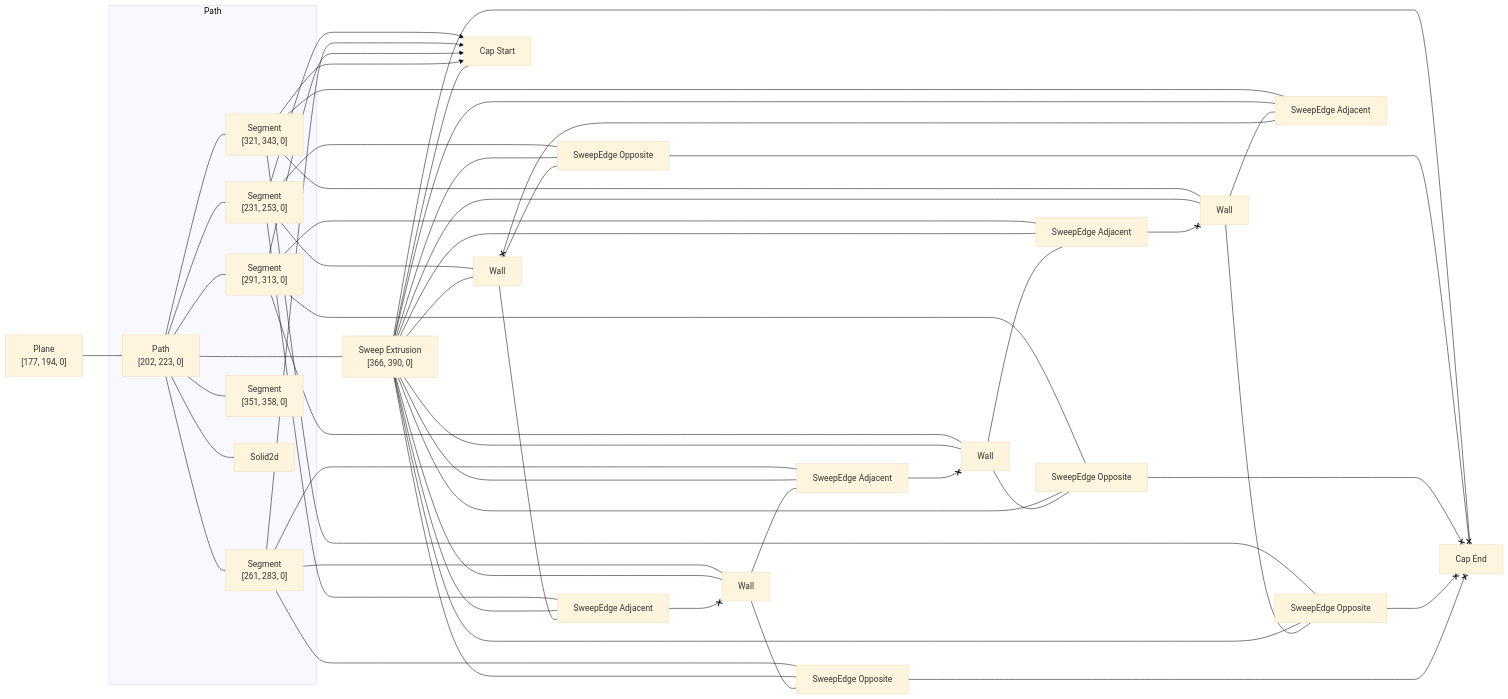
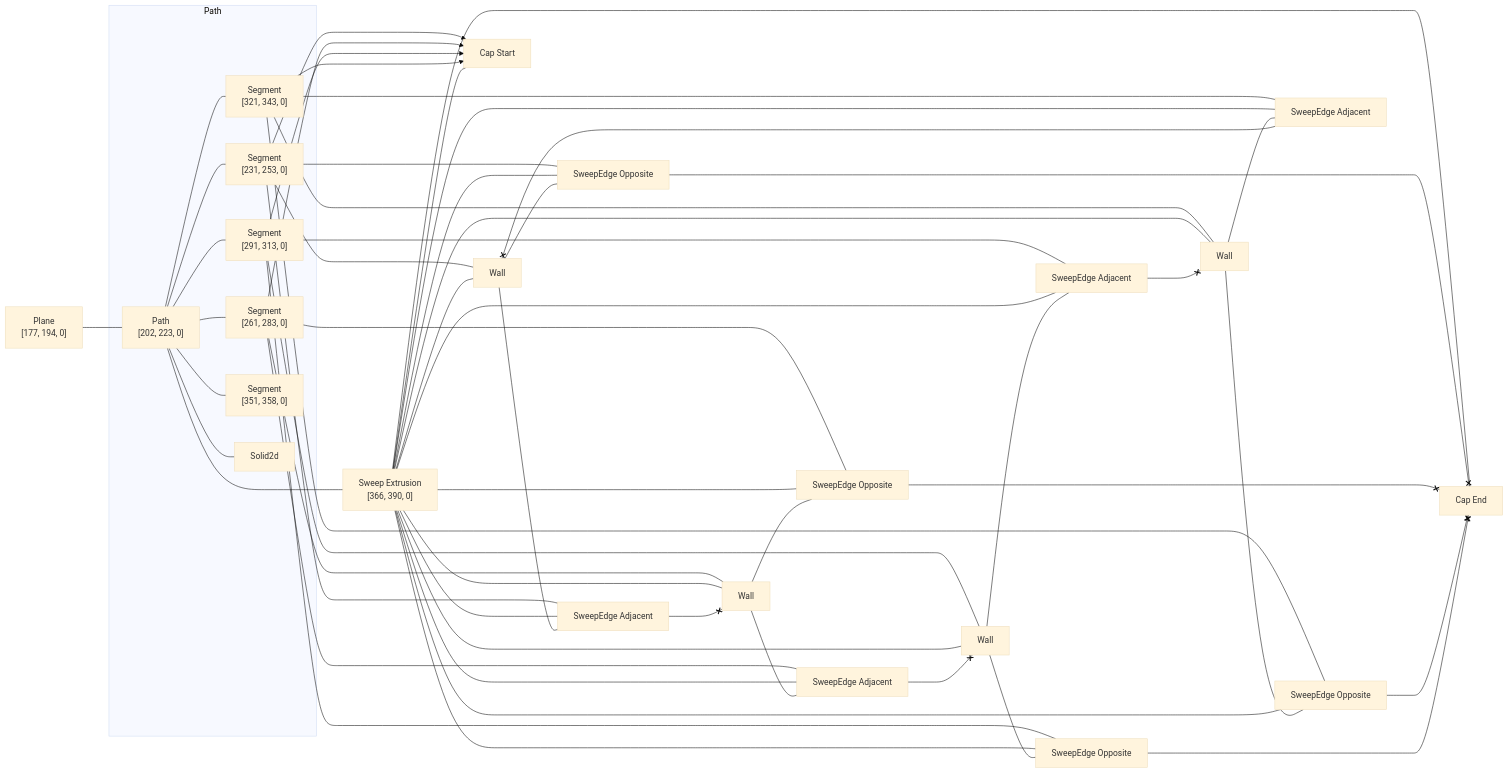
Before and after one commit to rajgandhi1/modeling-app: the diagram in rust/kcl-lib/tests/cube_with_error/artifact_graph_flowchart.snap.md, drawn with Mermaid (base theme). The commit also changed 110 other files, not shown here.

````diff
--- a/rust/kcl-lib/tests/cube_with_error/artifact_graph_flowchart.snap.md
+++ b/rust/kcl-lib/tests/cube_with_error/artifact_graph_flowchart.snap.md
@@ -1,82 +1,82 @@
 ```mermaid
 flowchart LR
   subgraph path2 [Path]
     2["Path<br>[202, 223, 0]"]
     3["Segment<br>[231, 253, 0]"]
     4["Segment<br>[261, 283, 0]"]
     5["Segment<br>[291, 313, 0]"]
     6["Segment<br>[321, 343, 0]"]
     7["Segment<br>[351, 358, 0]"]
     8[Solid2d]
   end
   1["Plane<br>[177, 194, 0]"]
   9["Sweep Extrusion<br>[366, 390, 0]"]
   10[Wall]
   11[Wall]
   12[Wall]
   13[Wall]
   14["Cap Start"]
   15["Cap End"]
   16["SweepEdge Opposite"]
   17["SweepEdge Opposite"]
   18["SweepEdge Opposite"]
   19["SweepEdge Opposite"]
   20["SweepEdge Adjacent"]
   21["SweepEdge Adjacent"]
   22["SweepEdge Adjacent"]
   23["SweepEdge Adjacent"]
   1 --- 2
   2 --- 3
   2 --- 4
   2 --- 5
   2 --- 6
   2 --- 7
   2 --- 8
   2 ---- 9
   3 --- 13
   3 x--> 14
   3 --- 16
-  3 --- 23
+  3 --- 22
   4 --- 11
   4 x--> 14
-  4 --- 19
-  4 --- 20
+  4 --- 17
+  4 --- 21
   5 --- 10
   5 x--> 14
-  5 --- 17
-  5 --- 21
+  5 --- 19
+  5 --- 23
   6 --- 12
   6 x--> 14
   6 --- 18
-  6 --- 22
+  6 --- 20
   9 --- 10
   9 --- 11
   9 --- 12
   9 --- 13
   9 --- 14
   9 --- 15
   9 --- 16
   9 --- 17
   9 --- 18
   9 --- 19
   9 --- 20
   9 --- 21
   9 --- 22
   9 --- 23
-  10 --- 17
-  20 <--x 10
-  10 --- 21
-  11 --- 19
-  11 --- 20
-  23 <--x 11
+  10 --- 19
+  21 <--x 10
+  10 --- 23
+  11 --- 17
+  11 --- 21
+  22 <--x 11
   12 --- 18
-  21 <--x 12
-  12 --- 22
+  12 --- 20
+  23 <--x 12
   13 --- 16
-  22 <--x 13
-  13 --- 23
+  20 <--x 13
+  13 --- 22
   16 <--x 15
   17 <--x 15
   18 <--x 15
   19 <--x 15
 ```
````
